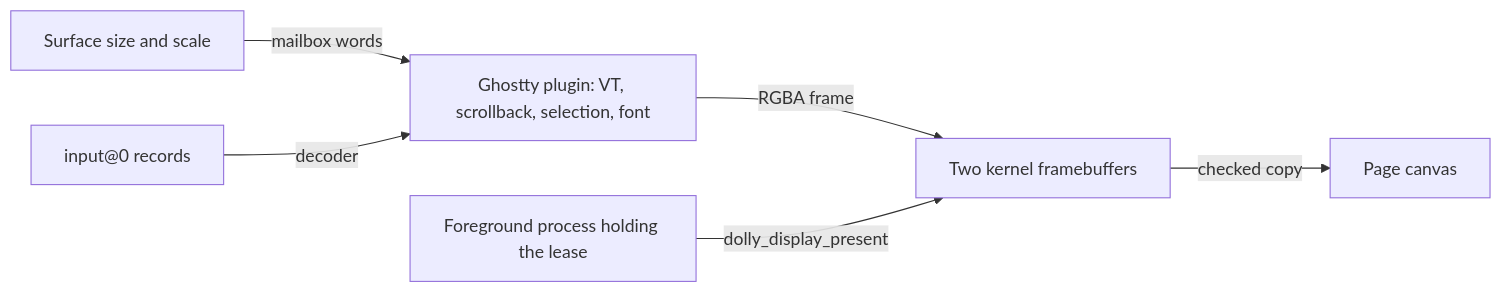
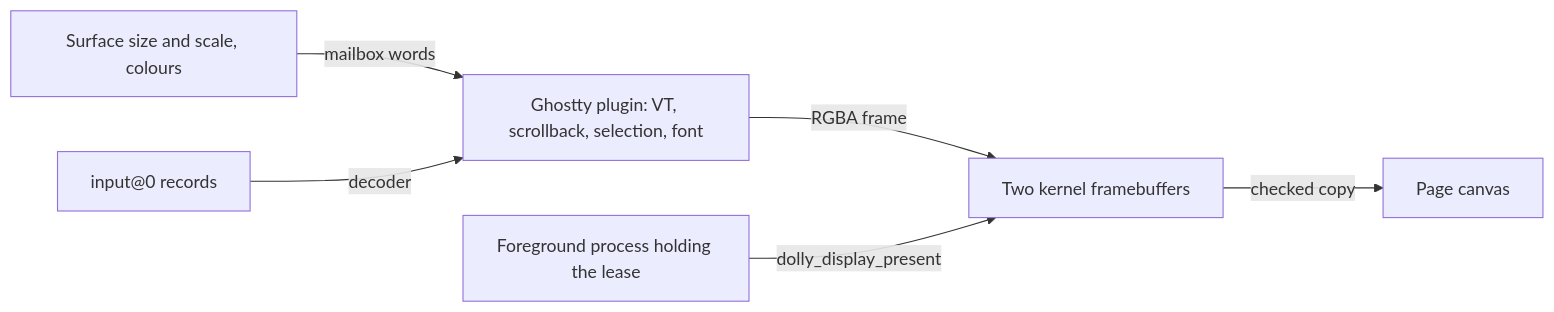
One commit to daugasauron/dolly changed the diagram in docs/display.md. Above: the diagram before and after it, drawn with Mermaid. The commit also changed other lines of this file and 209 other files, not shown here.

````diff
--- a/docs/display.md
+++ b/docs/display.md
@@ -12,8 +12,8 @@
 ```mermaid
 flowchart LR
-  surface["Surface size and scale"] -- "mailbox words" --> ghostty["Ghostty plugin: VT, scrollback, selection, font"]
+  surface["Surface size and scale, colours"] -- "mailbox words" --> ghostty["Ghostty plugin: VT, scrollback, selection, font"]
   input["input@0 records"] -- "decoder" --> ghostty
   ghostty -- "RGBA frame" --> fb["Two kernel framebuffers"]
   app["Foreground process holding the lease"] -- "dolly_display_present" --> fb
   fb -- "checked copy" --> canvas["Page canvas"]
 ```
````
